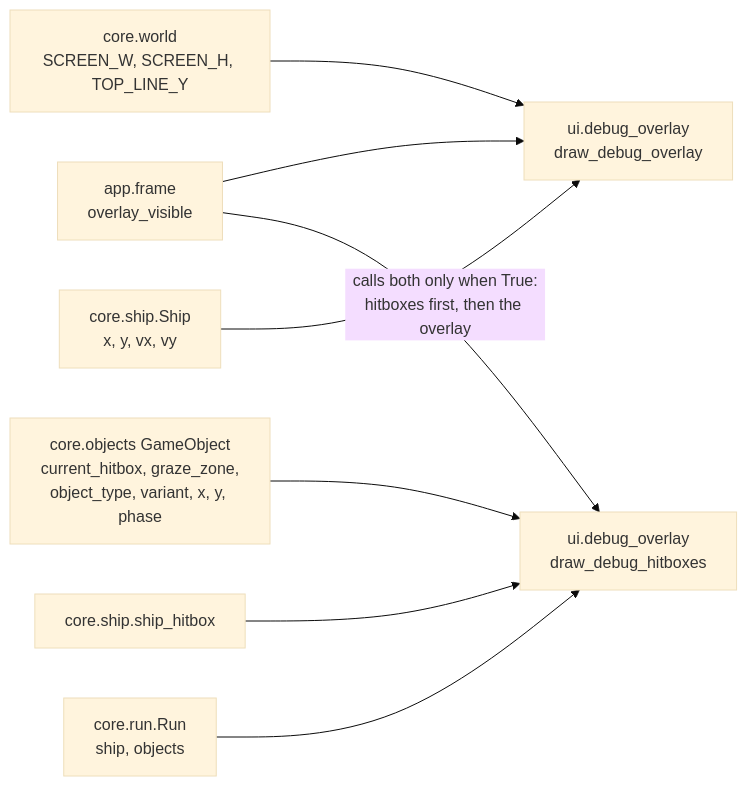
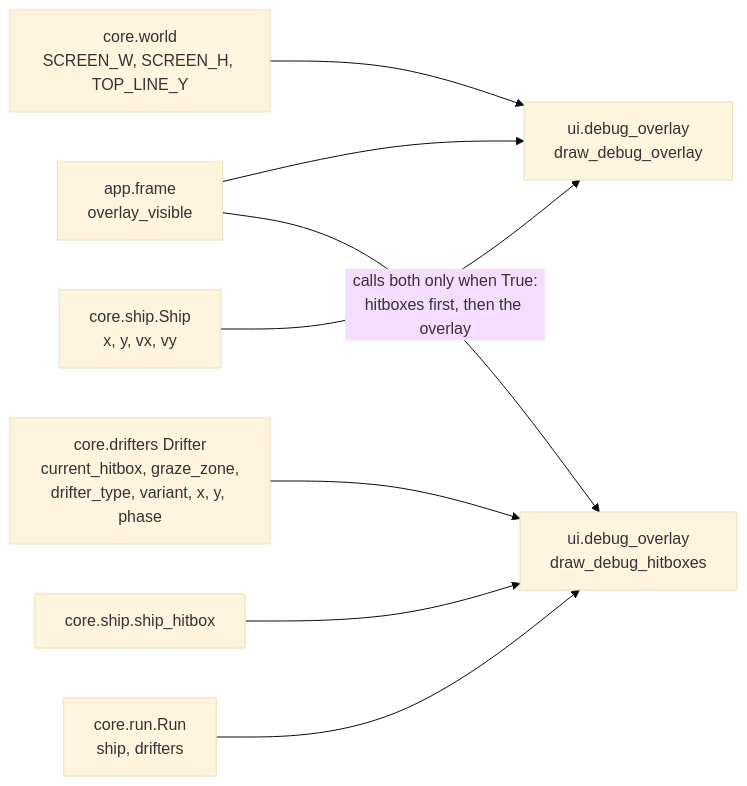
One commit to david-mntl/driftward-ace changed the diagram in docs/contracts/systems/debug-overlay.md. Above: the diagram before and after it, drawn with Mermaid (base theme). The commit also changed other lines of this file and 68 other files, not shown here.

First line of the commit message:
refactor: rename objects to drifters across code, contracts and GDD

````diff
--- a/docs/contracts/systems/debug-overlay.md
+++ b/docs/contracts/systems/debug-overlay.md
@@ -17,10 +17,10 @@
 ```mermaid
 flowchart LR
   S["core.ship.Ship<br/>x, y, vx, vy"] --> O["ui.debug_overlay<br/>draw_debug_overlay"]
   W["core.world<br/>SCREEN_W, SCREEN_H, TOP_LINE_Y"] --> O
-  R["core.run.Run<br/>ship, objects"] --> H["ui.debug_overlay<br/>draw_debug_hitboxes"]
+  R["core.run.Run<br/>ship, drifters"] --> H["ui.debug_overlay<br/>draw_debug_hitboxes"]
   SH["core.ship.ship_hitbox"] --> H
-  OB["core.objects GameObject<br/>current_hitbox, graze_zone,<br/>object_type, variant, x, y, phase"] --> H
+  OB["core.drifters Drifter<br/>current_hitbox, graze_zone,<br/>drifter_type, variant, x, y, phase"] --> H
   A["app.frame<br/>overlay_visible"] -- "calls both only when True:<br/>hitboxes first, then the overlay" --> H
   A --> O
 ```
````
